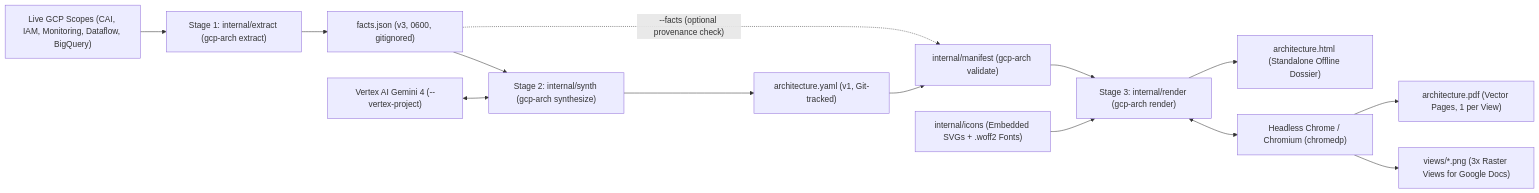
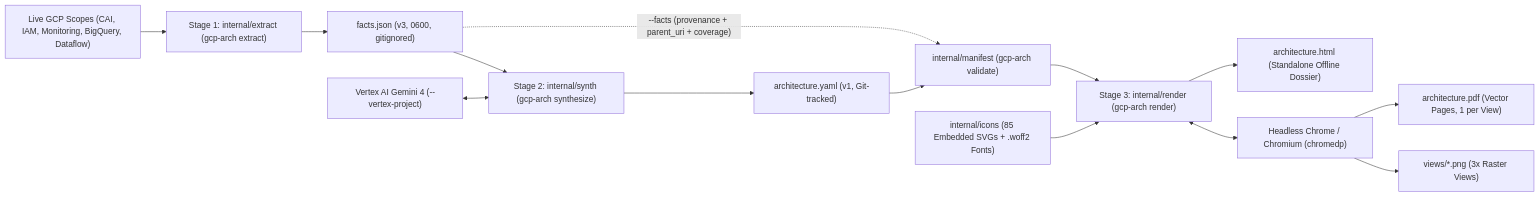
The diagram in docs/designs/semantic-multi-view-pipeline.md (arrase/gcp-arch), drawn with Mermaid before and after one commit. The commit also changed other lines of this file and 49 other files, not shown here.

````diff
--- a/docs/designs/semantic-multi-view-pipeline.md
+++ b/docs/designs/semantic-multi-view-pipeline.md
@@ -90,16 +83,16 @@
 ```mermaid
 flowchart LR
-    GCP["Live GCP Scopes (CAI, IAM, Monitoring, Dataflow, BigQuery)"] --> Extract["Stage 1: internal/extract (gcp-arch extract)"]
+    GCP["Live GCP Scopes (CAI, IAM, Monitoring, BigQuery, Dataflow)"] --> Extract["Stage 1: internal/extract (gcp-arch extract)"]
     Extract --> Facts["facts.json (v3, 0600, gitignored)"]
     Facts --> Synth["Stage 2: internal/synth (gcp-arch synthesize)"]
     Vertex["Vertex AI Gemini 4 (--vertex-project)"] <--> Synth
     Synth --> Manifest["architecture.yaml (v1, Git-tracked)"]
-    Facts -. "--facts (optional provenance check)" .-> Validate["internal/manifest (gcp-arch validate)"]
+    Facts -. "--facts (provenance + parent_uri + coverage)" .-> Validate["internal/manifest (gcp-arch validate)"]
     Manifest --> Validate
     Validate --> Render["Stage 3: internal/render (gcp-arch render)"]
-    Icons["internal/icons (Embedded SVGs + .woff2 Fonts)"] --> Render
+    Icons["internal/icons (85 Embedded SVGs + .woff2 Fonts)"] --> Render
     Render --> HTML["architecture.html (Standalone Offline Dossier)"]
     Render <--> CDP["Headless Chrome / Chromium (chromedp)"]
     CDP --> PDF["architecture.pdf (Vector Pages, 1 per View)"]
-    CDP --> PNG["views/*.png (3x Raster Views for Google Docs)"]
+    CDP --> PNG["views/*.png (3x Raster Views)"]
 ```
````
